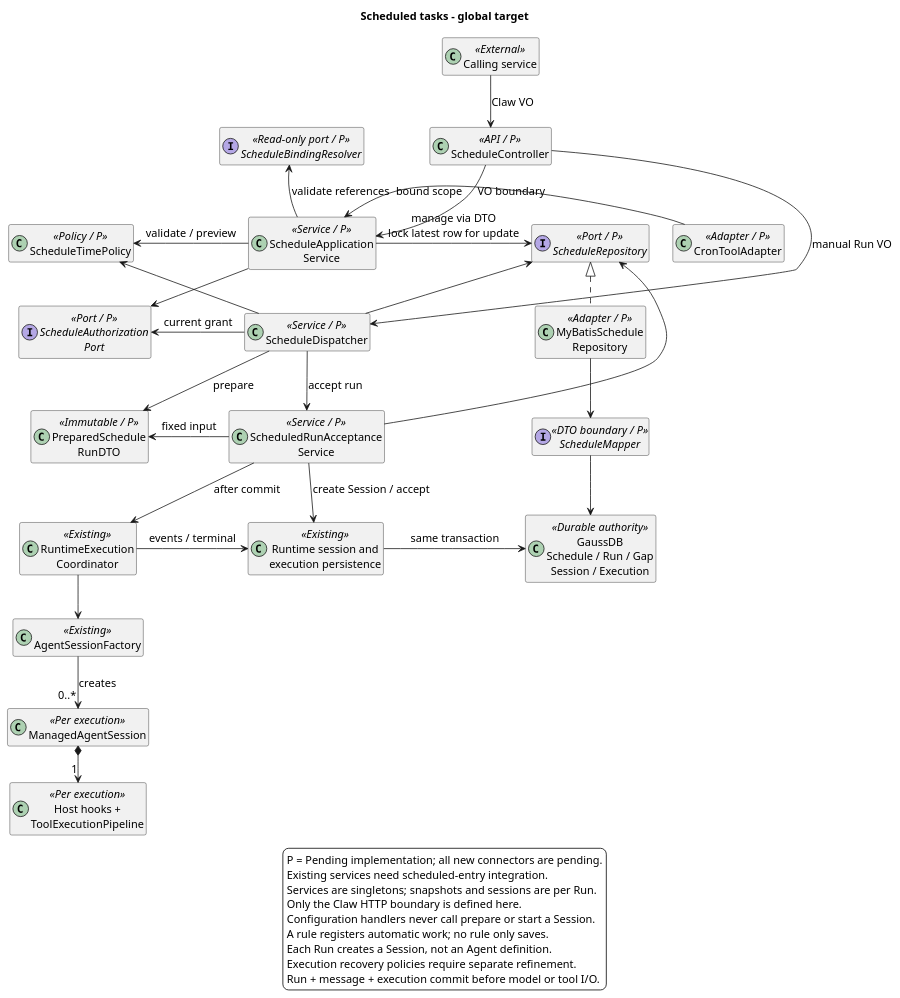
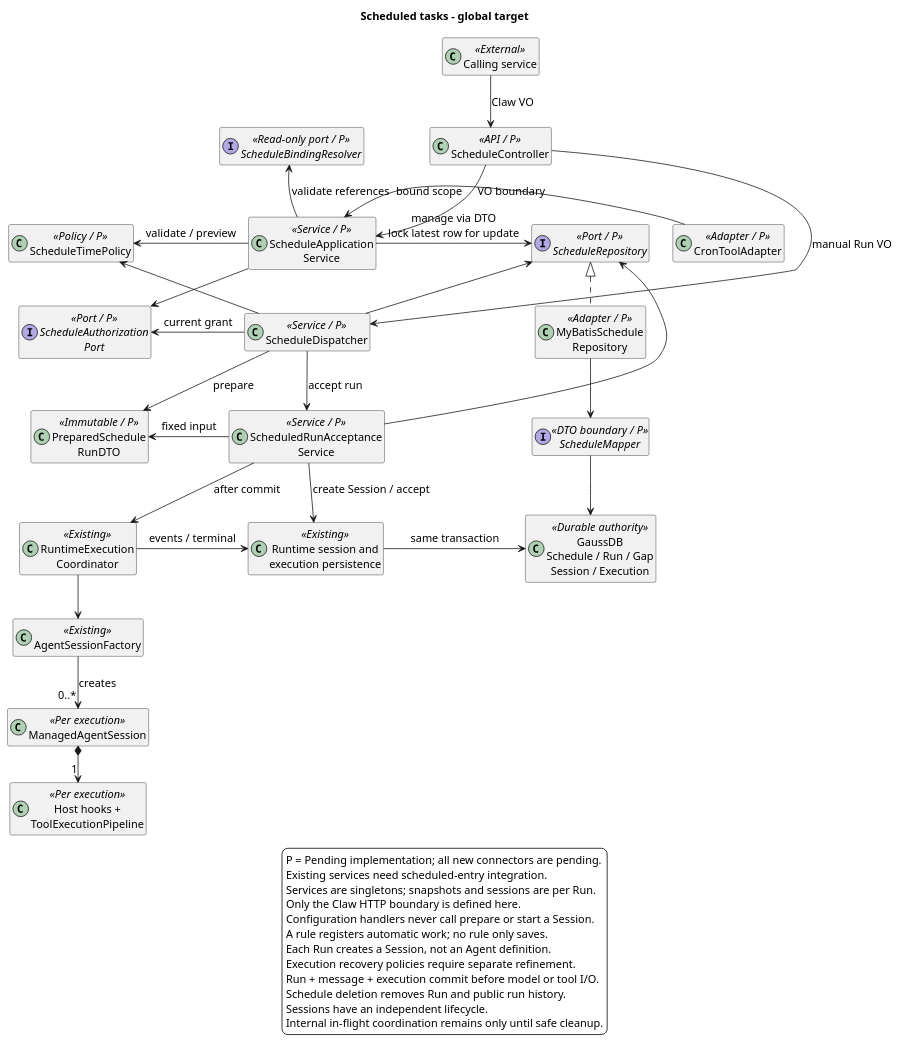
Before and after one commit to ssm0808/pi-mono-java-design: the second of 4 diagrams in 01-总体架构/08-CampusClaw定时任务/diagram.puml, drawn with PlantUML. The commit also changed other lines of this file and 10 other files, not shown here.

Commit message:
docs(schedule): delete runs with schedules and retain sessions

```diff
--- a/01-总体架构/08-CampusClaw定时任务/diagram.puml
+++ b/01-总体架构/08-CampusClaw定时任务/diagram.puml
@@ -53,77 +57,80 @@
 @startuml scheduled_task_architecture
 ' Baseline: Claude Deployment / Run / Session and run/pause/unpause, checked 2026-10-05, Beta.
 ' Source: modules/cron/src/main/java/com/campusclaw/cron/CronService.java createJob and triggerJob.
 ' Source: modules/coding-agent-cli/src/main/java/com/campusclaw/codingagent/tool/cron/ManagedCronSessionRunner.java execute.
 ' Source: modules/coding-agent-cli/src/main/java/com/campusclaw/codingagent/runtimeapi/event/RuntimeExecutionCoordinator.java start and commitTerminal.
 ' Source: modules/coding-agent-cli/src/main/java/com/campusclaw/codingagent/session/AgentSessionFactory.java create.
 ' Java baseline: 553dcd5e2ff682f9684810a043b442b37a02e54a.
 ' Design reason: preserve API, service, policy, adapter, runtime and durable boundaries.
 ' Product constraint: every Run creates a new Session using the bound Agent definition.
 ' Architecture change: one acceptance path; no existing-session target strategy.
 ' Architecture change: every P node and every connector is Pending implementation.
 title Scheduled tasks - global target
 skinparam backgroundColor white
 skinparam defaultFontSize 14
 skinparam classAttributeIconSize 0
 skinparam nodesep 30
 skinparam ranksep 45
 hide empty members
 class "Calling service" as Caller <<External>>
 class "ScheduleController" as Api <<API / P>>
 class "CronToolAdapter" as Tool <<Adapter / P>>
 class "ScheduleApplication\nService" as App <<Service / P>>
 class "ScheduleDispatcher" as Dispatch <<Service / P>>
 interface "ScheduleAuthorization\nPort" as Auth <<Port / P>>
 interface "ScheduleBindingResolver" as Binding <<Read-only port / P>>
 class "ScheduleTimePolicy" as Time <<Policy / P>>
 class "PreparedSchedule\nRunDTO" as Snapshot <<Immutable / P>>
 interface "ScheduleRepository" as Repo <<Port / P>>
 class "MyBatisSchedule\nRepository" as RepoImpl <<Adapter / P>>
 interface "ScheduleMapper" as Mapper <<DTO boundary / P>>
 class "GaussDB\nSchedule / Run / Gap\nSession / Execution" as Db <<Durable authority>>
 class "ScheduledRunAcceptance\nService" as Accept <<Service / P>>
 class "Runtime session and\nexecution persistence" as Persist <<Existing>>
 class "RuntimeExecution\nCoordinator" as Coordinator <<Existing>>
 class "AgentSessionFactory" as Factory <<Existing>>
 class "ManagedAgentSession" as Session <<Per execution>>
 class "Host hooks +\nToolExecutionPipeline" as Pipeline <<Per execution>>
 Caller -down-> Api : Claw VO
 Api -down-> App : VO boundary
 Api -[norank]-> Dispatch : manual Run VO
 Tool -left-> App : bound scope
 App -down[hidden]-> Dispatch
 Time -down[hidden]-> Auth
 Auth -down[hidden]-> Snapshot
 App -left-> Time : validate / preview
 App -right-> Repo : manage via DTO\nlock latest row for update
 App -[norank]-> Auth
 App -up-> Binding : validate references
 Dispatch -down-> Accept : accept run
 Dispatch -left-> Auth : current grant
 Dispatch -[norank]-> Time
 Dispatch -[norank]-> Repo
 Dispatch -[norank]-> Snapshot : prepare
 Accept -left-> Snapshot : fixed input
 Accept -[norank]-> Repo
 Repo <|.. RepoImpl
 RepoImpl -down-> Mapper
 Mapper -down-> Db
 Accept -down-> Persist : create Session / accept
 Persist -[norank]-> Db : same transaction
 Accept -down-> Coordinator : after commit
 Coordinator -[norank]-> Persist : events / terminal
 Coordinator -down-> Factory
 Factory -down-> "0..*" Session : creates
 Session *-down-> "1" Pipeline
 legend bottom
   P = Pending implementation; all new connectors are pending.
   Existing services need scheduled-entry integration.
   Services are singletons; snapshots and sessions are per Run.
   Only the Claw HTTP boundary is defined here.
   Configuration handlers never call prepare or start a Session.
   A rule registers automatic work; no rule only saves.
   Each Run creates a Session, not an Agent definition.
   Execution recovery policies require separate refinement.
   Run + message + execution commit before model or tool I/O.
+  Schedule deletion removes Run and public run history.
+  Sessions have an independent lifecycle.
+  Internal in-flight coordination remains only until safe cleanup.
 endlegend
 @enduml
```
